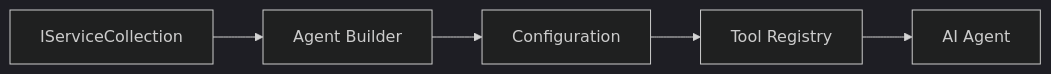
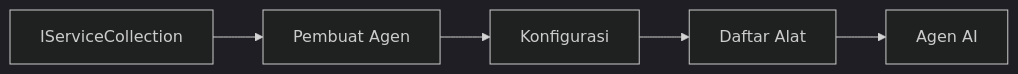
The diagram in translations/id/03-agentic-design-patterns/code_samples/03-dotnet-agent-framework.md (microsoft/ai-agents-for-beginners), drawn with Mermaid (dark theme) before and after one commit. The commit also changed other lines of this file and 222 other files, not shown here.

````diff
--- a/translations/id/03-agentic-design-patterns/code_samples/03-dotnet-agent-framework.md
+++ b/translations/id/03-agentic-design-patterns/code_samples/03-dotnet-agent-framework.md
@@ -41,7 +41,7 @@
 ```mermaid
 graph LR
-    A[IServiceCollection] --> B[Agent Builder]
-    B --> C[Configuration]
-    C --> D[Tool Registry]
-    D --> E[AI Agent]
+    A[IServiceCollection] --> B[Pembuat Agen]
+    B --> C[Konfigurasi]
+    C --> D[Daftar Alat]
+    D --> E[Agen AI]
 ```
````
